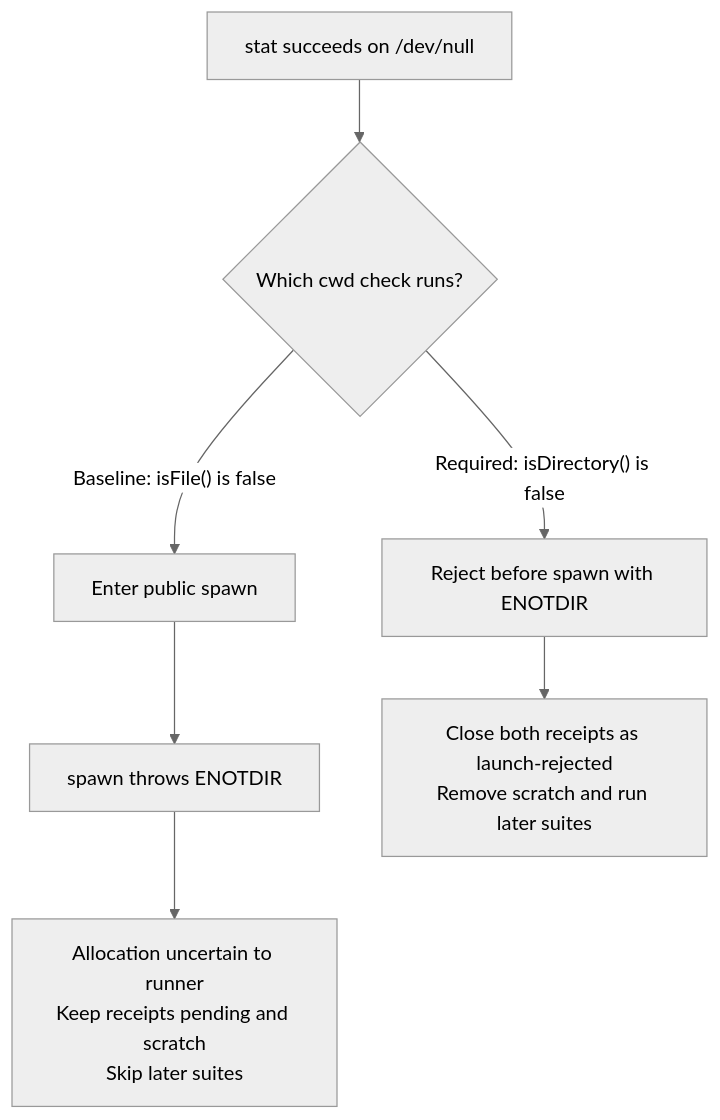
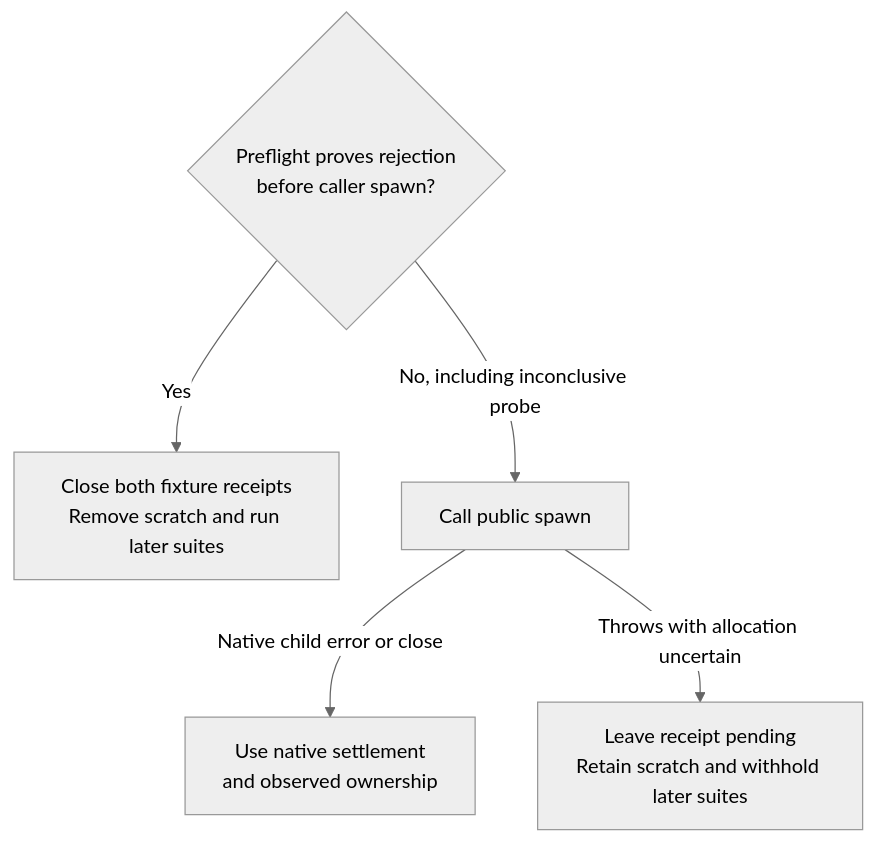
Before and after one commit to dev-pi2pie/cdx-chores: the third of 3 diagrams in docs/researches/research-2026-11-20-codex-benchmark-lifecycle-evidence.md, drawn with Mermaid (neutral theme). The commit also changed other lines of this file and 1 other file, not shown here.

````diff
--- a/docs/researches/research-2026-11-20-codex-benchmark-lifecycle-evidence.md
+++ b/docs/researches/research-2026-11-20-codex-benchmark-lifecycle-evidence.md
@@ -109,9 +121,8 @@
 ```mermaid
 flowchart TD
-    A["stat succeeds on /dev/null"] --> B{"Which cwd check runs?"}
-    B -->|"Baseline: isFile() is false"| C["Enter public spawn"]
-    C --> D["spawn throws ENOTDIR"]
-    D --> E["Allocation uncertain to runner<br/>Keep receipts pending and scratch<br/>Skip later suites"]
-    B -->|"Required: isDirectory() is false"| F["Reject before spawn with ENOTDIR"]
-    F --> G["Close both receipts as launch-rejected<br/>Remove scratch and run later suites"]
+    A{"Preflight proves rejection<br/>before caller spawn?"}
+    A -->|Yes| B["Close both fixture receipts<br/>Remove scratch and run later suites"]
+    A -->|"No, including inconclusive probe"| C["Call public spawn"]
+    C -->|"Native child error or close"| D["Use native settlement<br/>and observed ownership"]
+    C -->|"Throws with allocation uncertain"| E["Leave receipt pending<br/>Retain scratch and withhold later suites"]
 ```
````
